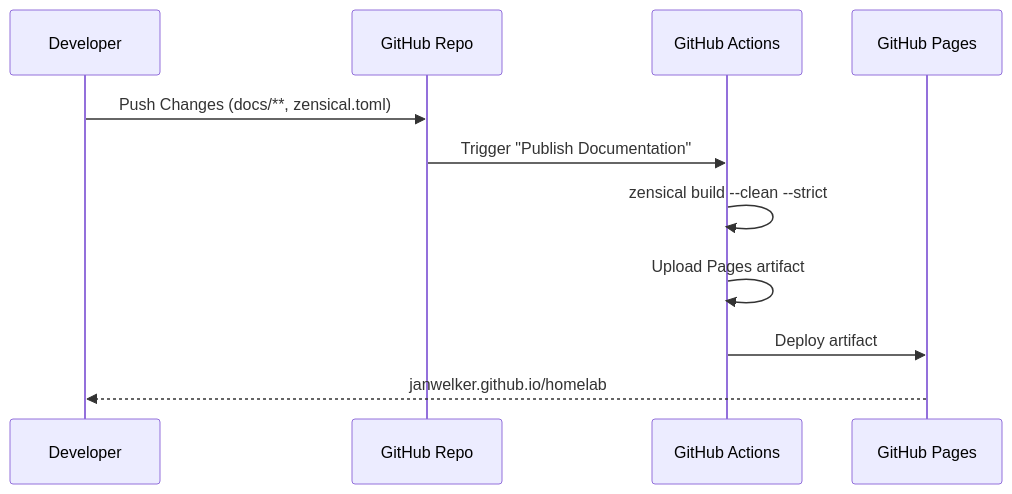
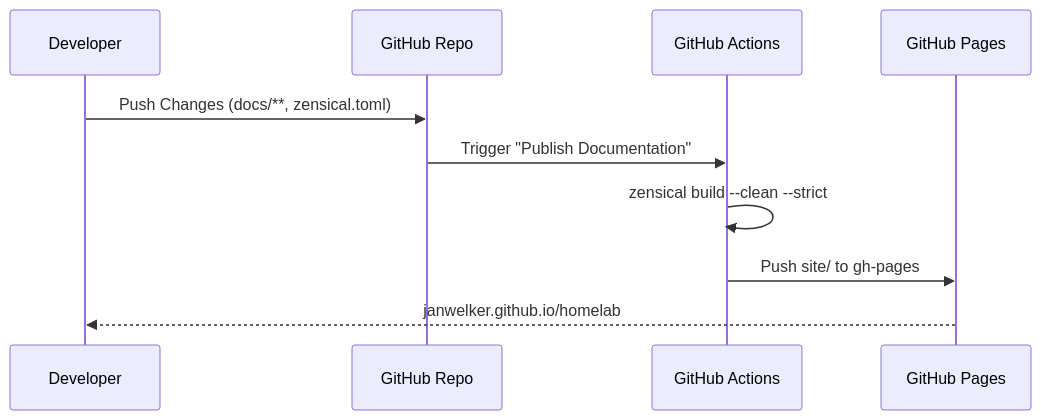
One commit to JanWelker/homelab changed the diagram in docs/development/documentation.md. Above: the diagram before and after it, drawn with Mermaid. The commit also changed other lines of this file and 21 other files, not shown here.

````diff
--- a/docs/development/documentation.md
+++ b/docs/development/documentation.md
@@ -29,14 +32,13 @@
 ```mermaid
 sequenceDiagram
     participant Dev as Developer
     participant Git as GitHub Repo
     participant GA as GitHub Actions
     participant Pages as GitHub Pages
 
     Dev->>Git: Push Changes (docs/**, zensical.toml)
     Git->>GA: Trigger "Publish Documentation"
     GA->>GA: zensical build --clean --strict
-    GA->>GA: Upload Pages artifact
-    GA->>Pages: Deploy artifact
+    GA->>Pages: Push site/ to gh-pages
     Pages-->>Dev: janwelker.github.io/homelab
 ```
````
